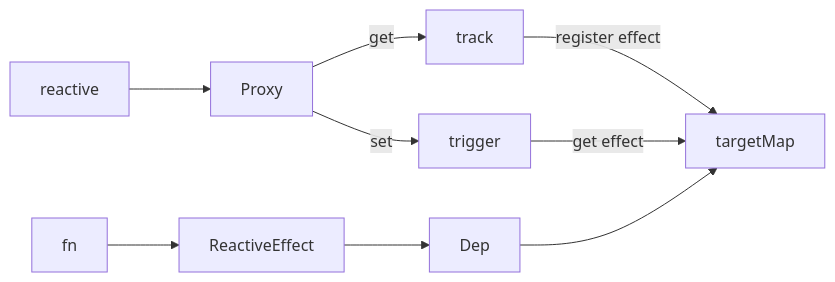
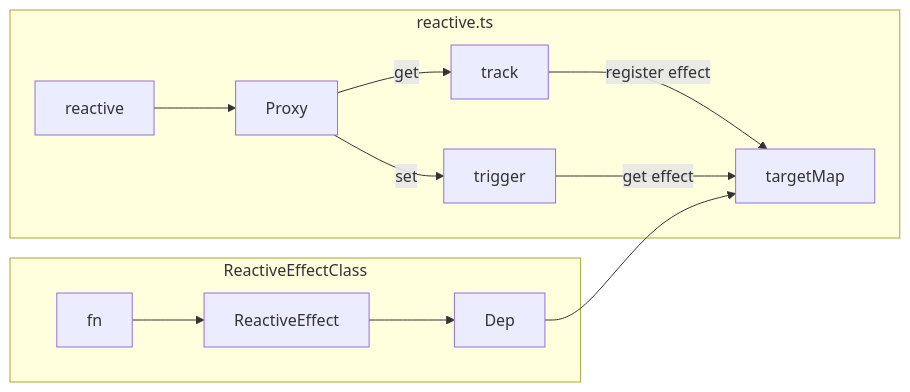
Before and after one commit to Gehbt/im-chibivue: the diagram in SPEC/day3.md, drawn with Mermaid. The commit also changed 3 other files, not shown here.

````diff
--- a/SPEC/day3.md
+++ b/SPEC/day3.md
@@ -3,13 +3,19 @@
 ```mermaid
   flowchart LR
     reactiveProxy["Proxy"]
-    reactive --> reactiveProxy
-    reactiveProxy --get--> track
-    reactiveProxy --set--> trigger
-    track --register effect--> targetMap
-    trigger --get effect--> targetMap
+    targetWeakMap["targetMap"]
 
-    Dep --> targetMap
-    ReactiveEffect --> Dep
-    fn --> ReactiveEffect
+    subgraph reactive.ts
+      reactive --> reactiveProxy
+      reactiveProxy --get--> track
+      reactiveProxy --set--> trigger
+      track --"register effect"--> targetWeakMap
+      trigger --"get effect"--> targetWeakMap
+    end
+
+    subgraph ReactiveEffectClass
+      Dep --> targetWeakMap
+      ReactiveEffect --> Dep
+      fn --> ReactiveEffect
+    end
 ```
````
